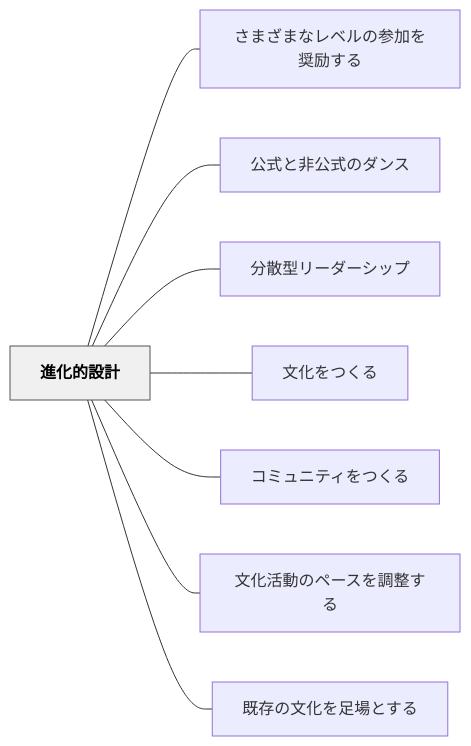
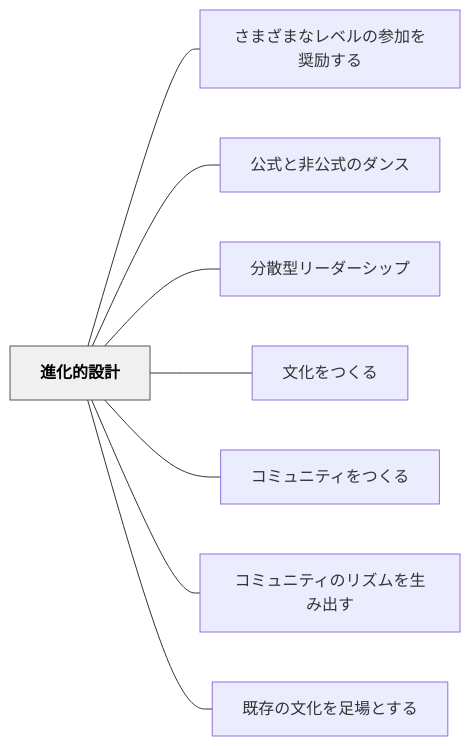
The diagram in content/パタン/進化的設計.md (unknownthings-ed-patterns/unknownthings-ed-patterns), drawn with Mermaid before and after one commit. The commit also changed other lines of this file and 3 other files, not shown here.

````diff
--- a/content/パタン/進化的設計.md
+++ b/content/パタン/進化的設計.md
@@ -57,22 +57,22 @@
 ```mermaid
 flowchart LR
     ne980b2e58c96e79a84e8a8ade8a888["進化的設計"]
     ne38195e381bee38196e381bee381aae383ace38399e383abe381aee58f82e58aa0e38292e5a5a8e58ab1e38199e3828b["さまざまなレベルの参加を奨励する"]
     ne585ace5bc8fe381a8e99d9ee585ace5bc8fe381aee38380e383b3e382b9["公式と非公式のダンス"]
     ne58886e695a3e59e8be383aae383bce38380e383bce382b7e38383e38397["分散型リーダーシップ"]
     ne69687e58c96e38292e381a4e3818fe3828b["文化をつくる"]
     ne382b3e3839fe383a5e3838be38386e382a3e38292e381a4e3818fe3828b["コミュニティをつくる"]
-    ne69687e58c96e6b4bbe58b95e381aee3839ae383bce382b9e38292e8aabfe695b4e38199e3828b["文化活動のペースを調整する"]
+    ne382b3e3839fe383a5e3838be38386e382a3e381aee383aae382bae383a0e38292e7949fe381bfe587bae38199["コミュニティのリズムを生み出す"]
     ne697a2e5ad98e381aee69687e58c96e38292e8b6b3e5a0b4e381a8e38199e3828b["既存の文化を足場とする"]
 
     ne980b2e58c96e79a84e8a8ade8a888 --- ne38195e381bee38196e381bee381aae383ace38399e383abe381aee58f82e58aa0e38292e5a5a8e58ab1e38199e3828b
     ne980b2e58c96e79a84e8a8ade8a888 --- ne585ace5bc8fe381a8e99d9ee585ace5bc8fe381aee38380e383b3e382b9
     ne980b2e58c96e79a84e8a8ade8a888 --- ne58886e695a3e59e8be383aae383bce38380e383bce382b7e38383e38397
     ne980b2e58c96e79a84e8a8ade8a888 --- ne69687e58c96e38292e381a4e3818fe3828b
     ne980b2e58c96e79a84e8a8ade8a888 --- ne382b3e3839fe383a5e3838be38386e382a3e38292e381a4e3818fe3828b
-    ne980b2e58c96e79a84e8a8ade8a888 --- ne69687e58c96e6b4bbe58b95e381aee3839ae383bce382b9e38292e8aabfe695b4e38199e3828b
+    ne980b2e58c96e79a84e8a8ade8a888 --- ne382b3e3839fe383a5e3838be38386e382a3e381aee383aae382bae383a0e38292e7949fe381bfe587bae38199
     ne980b2e58c96e79a84e8a8ade8a888 --- ne697a2e5ad98e381aee69687e58c96e38292e8b6b3e5a0b4e381a8e38199e3828b
 
     classDef hub fill:#f0f0f0,stroke:#555,color:#000,font-weight:bold
     class ne980b2e58c96e79a84e8a8ade8a888 hub
 ```
````
